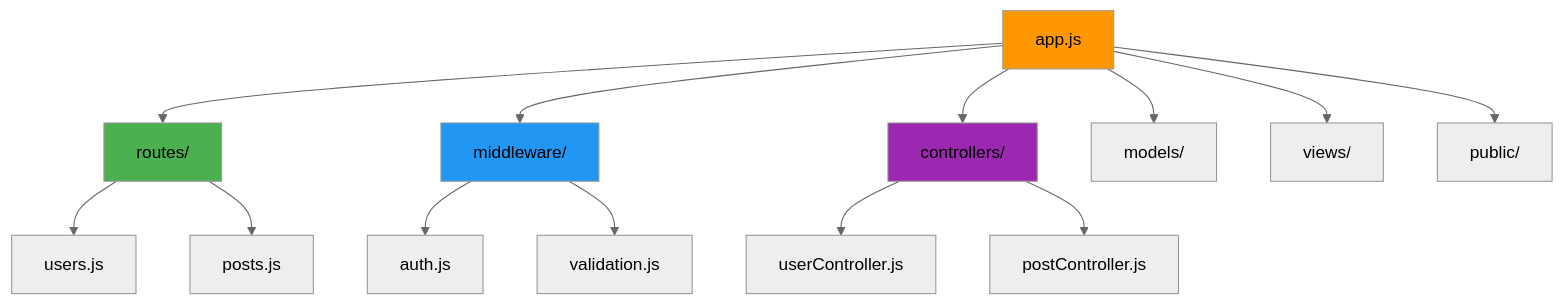
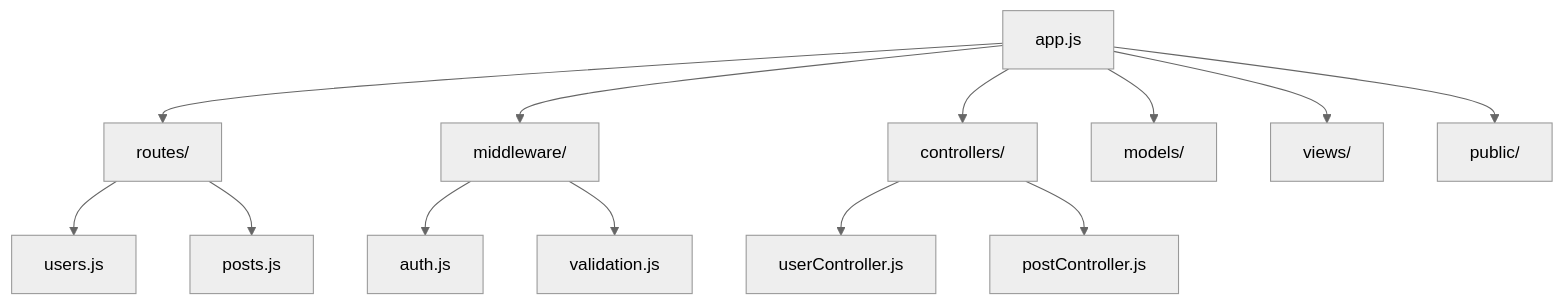
One commit to olroi421/course-web changed the third of 4 diagrams in docs/presentations/presentation-04.md. Above: the diagram before and after it, drawn with Mermaid (neutral theme). The commit also changed other lines of this file and 3 other files, not shown here.

````diff
--- a/docs/presentations/presentation-04.md
+++ b/docs/presentations/presentation-04.md
@@ -306,23 +302,23 @@
 ```mermaid
 graph TB
     A[app.js] --> B[routes/]
     A --> C[middleware/]
     A --> D[controllers/]
     A --> E[models/]
     A --> F[views/]
     A --> G[public/]
 
     B --> B1[users.js]
     B --> B2[posts.js]
 
     C --> C1[auth.js]
     C --> C2[validation.js]
 
     D --> D1[userController.js]
     D --> D2[postController.js]
 
-    style A fill:#ff9800
-    style B fill:#4caf50
-    style C fill:#2196f3
-    style D fill:#9c27b0
+
+
+
+
 ```
````
